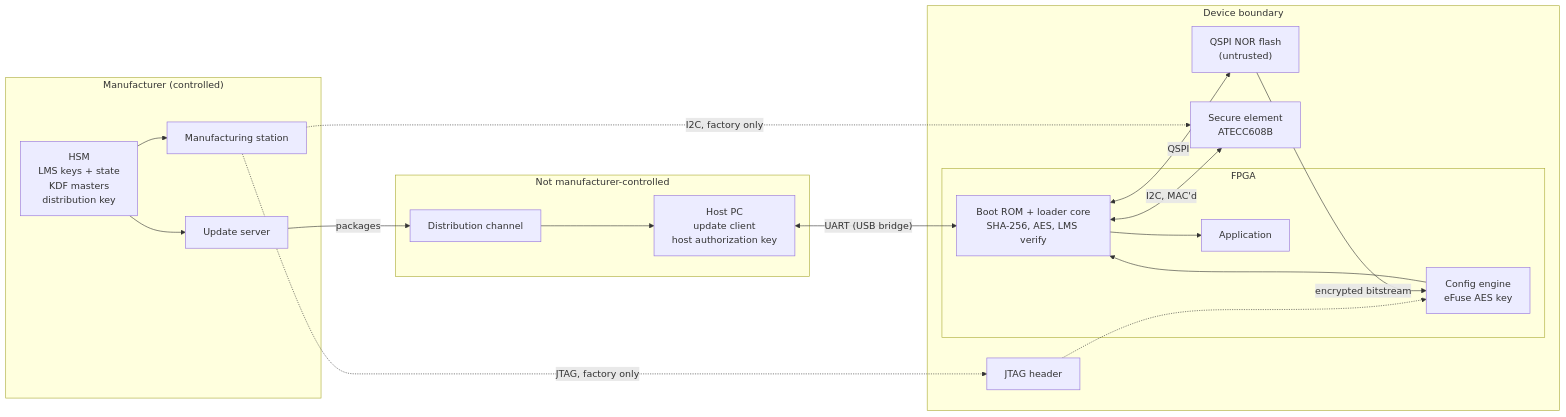
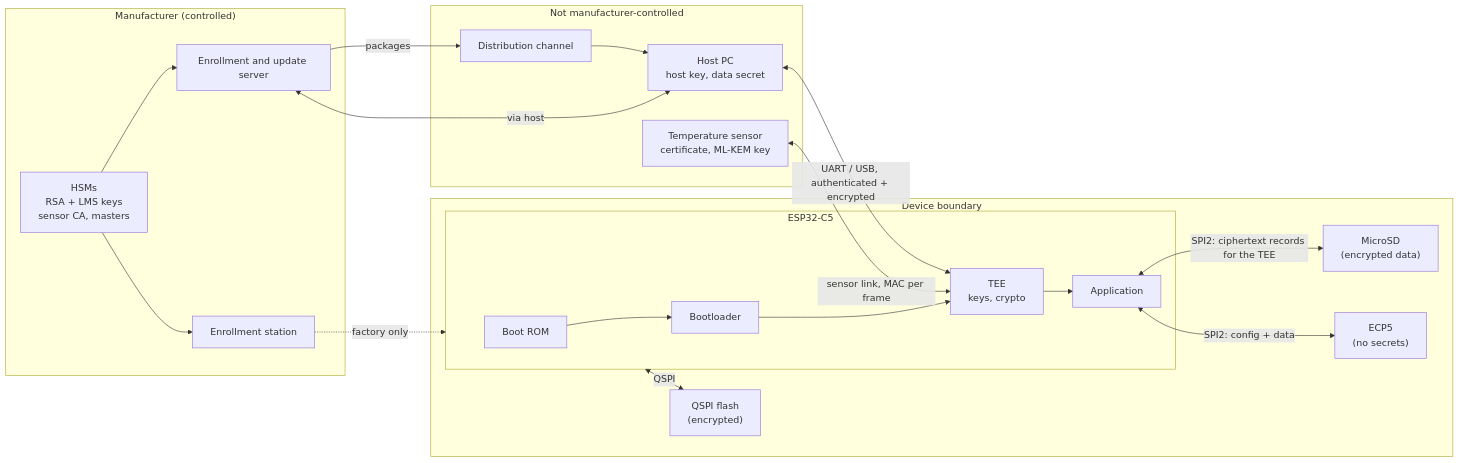
Before and after one commit to bradleyeckert/thriller: the diagram in doc/fda.md, drawn with Mermaid. The commit also changed other lines of this file and 14 other files, not shown here.

````diff
--- a/doc/fda.md
+++ b/doc/fda.md
@@ -48,32 +51,35 @@
 ```mermaid
 flowchart LR
   subgraph MFR["Manufacturer (controlled)"]
-    HSM["HSM<br/>LMS keys + state<br/>KDF masters<br/>distribution key"]
-    SRV["Update server"]
-    MFG["Manufacturing station"]
+    HSM["HSMs<br/>RSA + LMS keys<br/>sensor CA, masters"]
+    SRV["Enrollment and update server"]
+    MFG["Enrollment station"]
   end
   subgraph EXT["Not manufacturer-controlled"]
     DIST["Distribution channel"]
-    HOST["Host PC<br/>update client<br/>host authorization key"]
+    HOST["Host PC<br/>host key, data secret"]
+    SENS["Temperature sensor<br/>certificate, ML-KEM key"]
   end
   subgraph DEV["Device boundary"]
-    subgraph FPGA["FPGA"]
-      CE["Config engine<br/>eFuse AES key"]
-      LDR["Boot ROM + loader core<br/>SHA-256, AES, LMS verify"]
+    subgraph C5["ESP32-C5"]
+      ROM["Boot ROM"]
+      BL["Bootloader"]
+      TEE["TEE<br/>keys, crypto"]
       APP["Application"]
     end
-    SE["Secure element<br/>ATECC608B"]
-    FL["QSPI NOR flash<br/>(untrusted)"]
-    JTAG["JTAG header"]
+    FL["QSPI flash<br/>(encrypted)"]
+    SD["MicroSD<br/>(encrypted data)"]
+    FPGA["ECP5<br/>(no secrets)"]
   end
   HSM --> SRV
   HSM --> MFG
   SRV -->|packages| DIST --> HOST
-  HOST <-->|"UART (USB bridge)"| LDR
-  MFG -.->|"JTAG, factory only"| JTAG -.-> CE
-  MFG -.->|"I2C, factory only"| SE
-  FL -->|encrypted bitstream| CE --> LDR
-  LDR <-->|"I2C, MAC'd"| SE
-  LDR <-->|QSPI| FL
-  LDR --> APP
+  SRV <-->|"via host"| HOST
+  HOST <-->|"UART / USB, authenticated + encrypted"| TEE
+  SENS <-->|"sensor link, MAC per frame"| TEE
+  MFG -.->|"factory only"| C5
+  ROM --> BL --> TEE --> APP
+  C5 <-->|"QSPI"| FL
+  APP <-->|"SPI2: config + data"| FPGA
+  APP <-->|"SPI2: ciphertext records for the TEE"| SD
 ```
````
